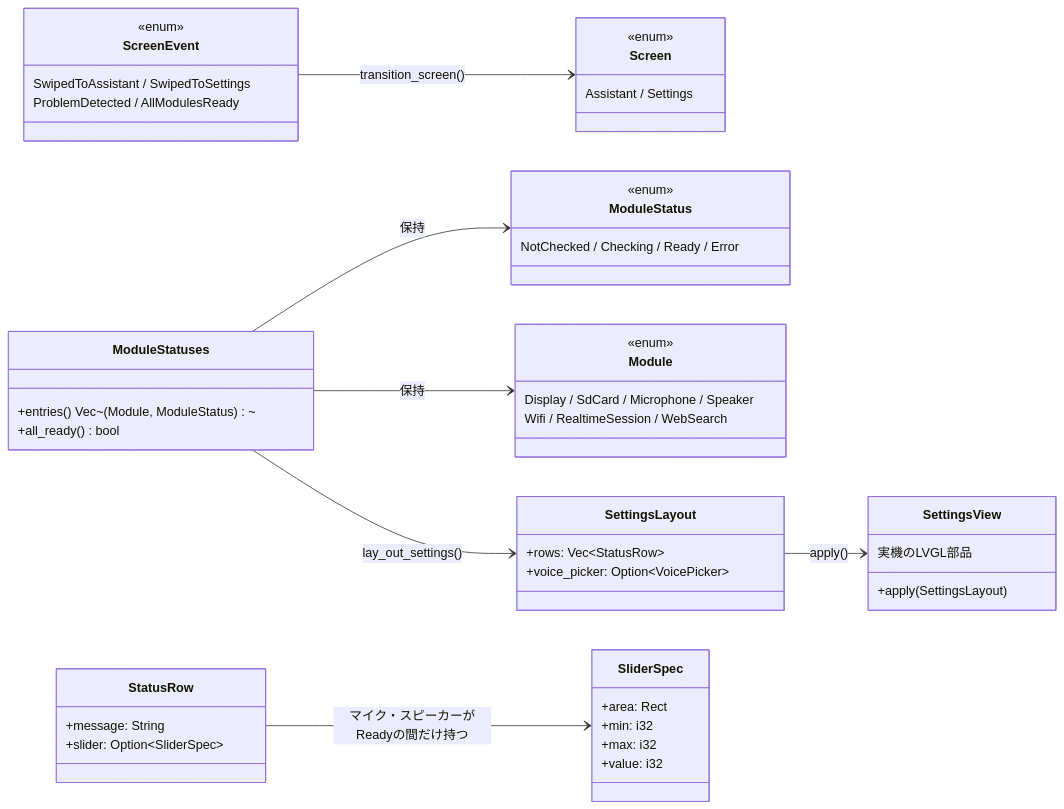
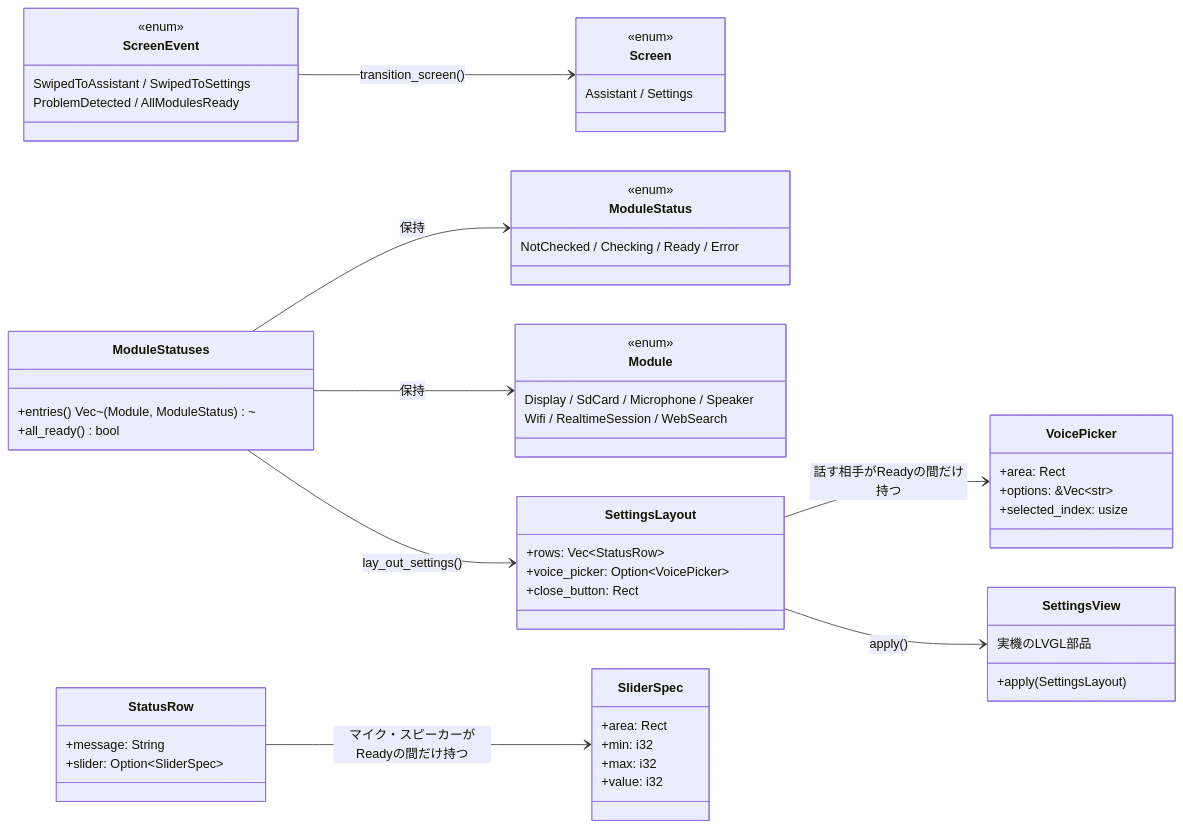
One commit to kibou-vision/m5a changed the diagram in docs/design/settings.md. Above: the diagram before and after it, drawn with Mermaid. The commit also changed other lines of this file and 4 other files, not shown here.

````diff
--- a/docs/design/settings.md
+++ b/docs/design/settings.md
@@ -7,61 +7,69 @@
 ```mermaid
 classDiagram
   direction LR
 
   class Screen {
     <<enum>>
     Assistant / Settings
   }
 
   class ScreenEvent {
     <<enum>>
     SwipedToAssistant / SwipedToSettings
     ProblemDetected / AllModulesReady
   }
 
   class Module {
     <<enum>>
     Display / SdCard / Microphone / Speaker
     Wifi / RealtimeSession / WebSearch
   }
 
   class ModuleStatus {
     <<enum>>
     NotChecked / Checking / Ready / Error
   }
 
   class ModuleStatuses {
     +entries() Vec~(Module, ModuleStatus)~
     +all_ready() bool
   }
 
   class StatusRow {
     +message: String
     +slider: Option~SliderSpec~
   }
 
   class SliderSpec {
     +area: Rect
     +min: i32
     +max: i32
     +value: i32
   }
 
+  class VoicePicker {
+    +area: Rect
+    +options: &Vec~str~
+    +selected_index: usize
+  }
+
   class SettingsLayout {
     +rows: Vec~StatusRow~
     +voice_picker: Option~VoicePicker~
+    +close_button: Rect
   }
 
   StatusRow --> SliderSpec : マイク・スピーカーがReadyの間だけ持つ
+  SettingsLayout --> VoicePicker : 話す相手がReadyの間だけ持つ
 
   class SettingsView {
     実機のLVGL部品
     +apply(SettingsLayout)
   }
 
   ModuleStatuses --> ModuleStatus : 保持
   ModuleStatuses --> Module : 保持
   ModuleStatuses --> SettingsLayout : lay_out_settings()
   SettingsLayout --> SettingsView : apply()
   ScreenEvent --> Screen : transition_screen()
 ```
````
